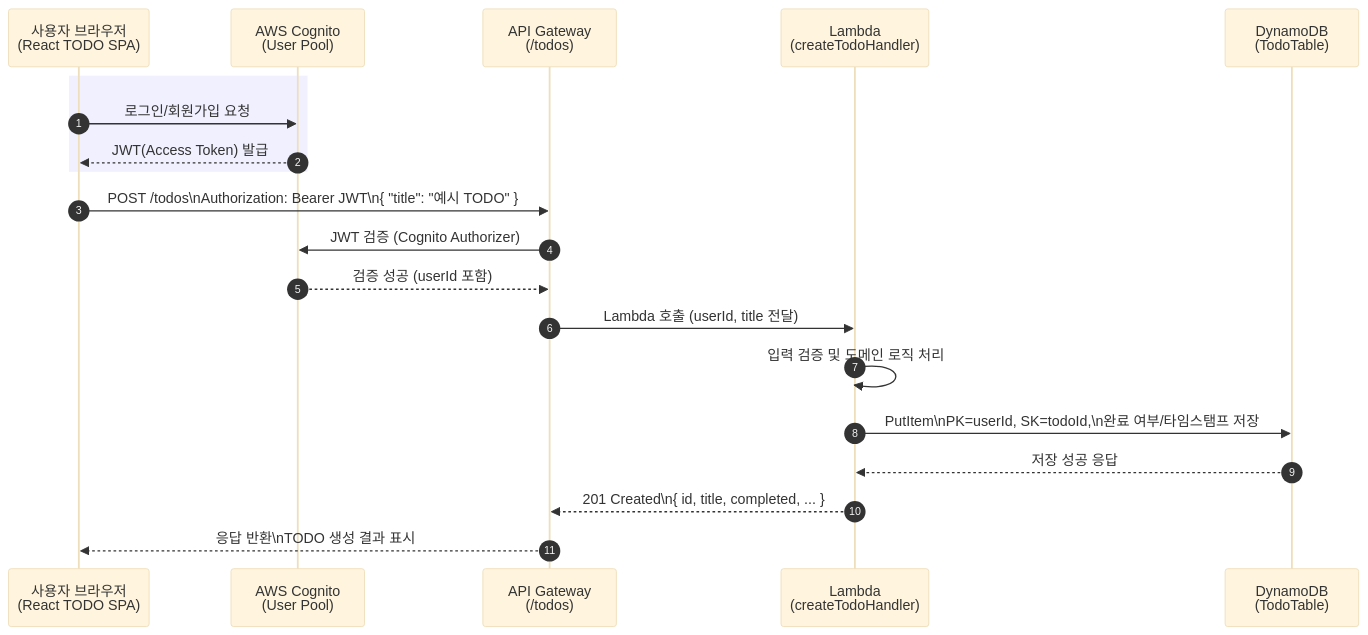
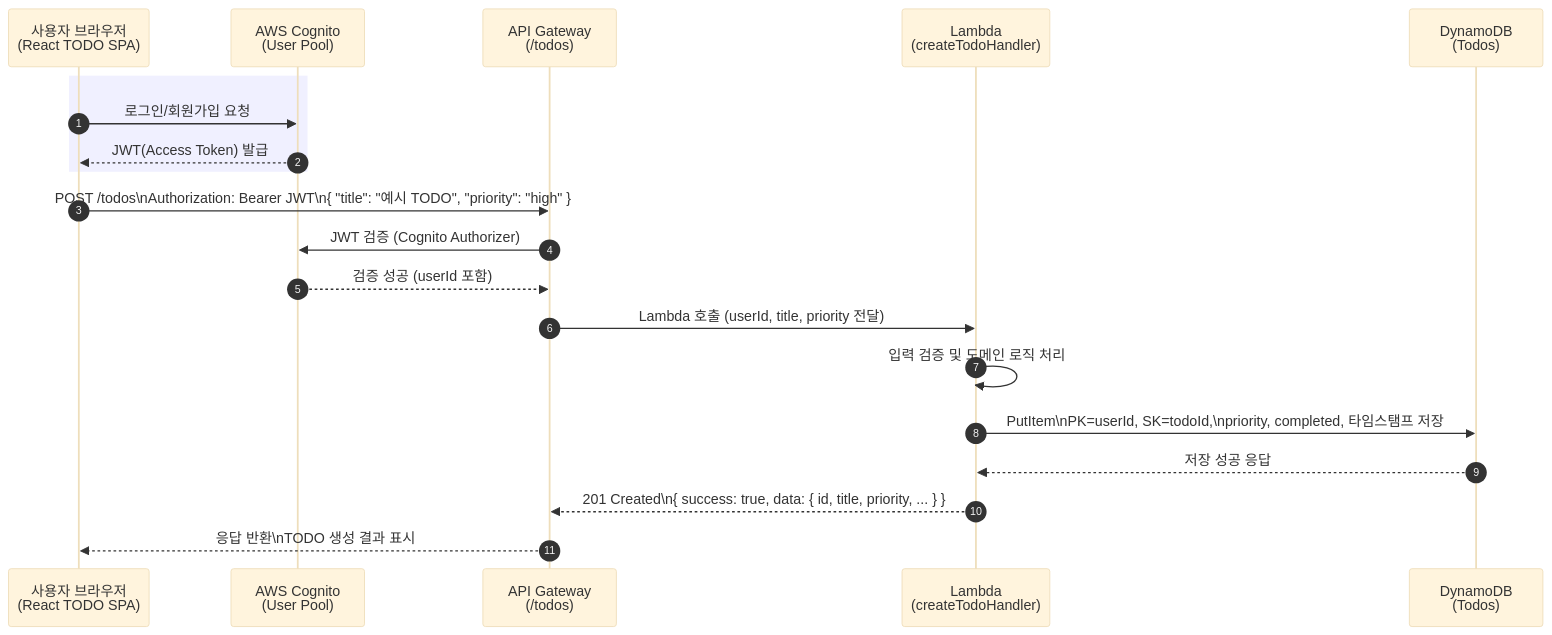
The first of 2 diagrams in docs/design.md (NoTaeGwon/practice-vibecoding-demo), drawn with Mermaid (base theme) before and after one commit. The commit also changed other lines of this file and 8 other files, not shown here.

````diff
--- a/docs/design.md
+++ b/docs/design.md
@@ -230,27 +356,27 @@
 ```mermaid
 sequenceDiagram
     autonumber
 
     participant U as 사용자 브라우저<br/>(React TODO SPA)
     participant C as AWS Cognito<br/>(User Pool)
     participant G as API Gateway<br/>(/todos)
     participant L as Lambda<br/>(createTodoHandler)
-    participant D as DynamoDB<br/>(TodoTable)
+    participant D as DynamoDB<br/>(Todos)
 
     rect rgb(240,240,255)
         U->>C: 로그인/회원가입 요청
         C-->>U: JWT(Access Token) 발급
     end
 
-    U->>G: POST /todos\nAuthorization: Bearer JWT\n{ "title": "예시 TODO" }
+    U->>G: POST /todos\nAuthorization: Bearer JWT\n{ "title": "예시 TODO", "priority": "high" }
     G->>C: JWT 검증 (Cognito Authorizer)
     C-->>G: 검증 성공 (userId 포함)
 
-    G->>L: Lambda 호출 (userId, title 전달)
+    G->>L: Lambda 호출 (userId, title, priority 전달)
     L->>L: 입력 검증 및 도메인 로직 처리
-    L->>D: PutItem\nPK=userId, SK=todoId,\n완료 여부/타임스탬프 저장
+    L->>D: PutItem\nPK=userId, SK=todoId,\npriority, completed, 타임스탬프 저장
     D-->>L: 저장 성공 응답
 
-    L-->>G: 201 Created\n{ id, title, completed, ... }
+    L-->>G: 201 Created\n{ success: true, data: { id, title, priority, ... } }
     G-->>U: 응답 반환\nTODO 생성 결과 표시
 ```
````
